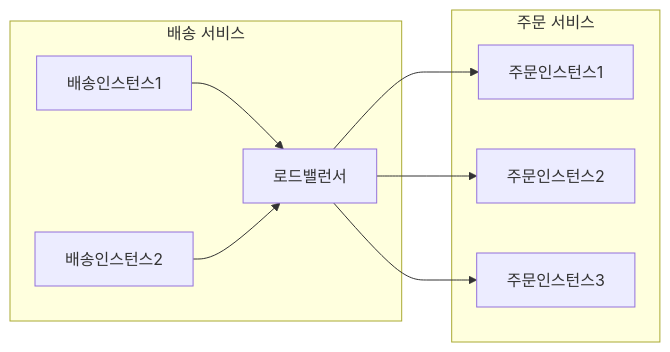
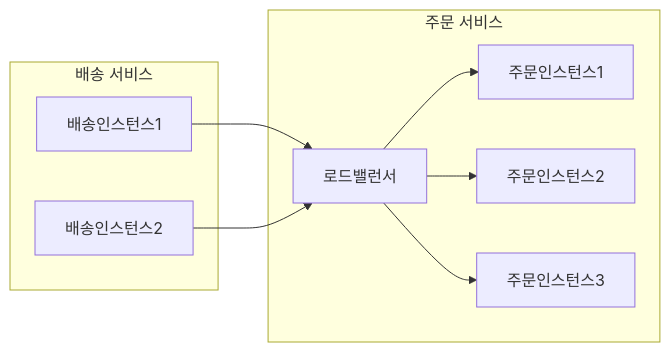
The second of 8 diagrams in document/chapters/chapter08.md (dldydtjs2965/msa-architecture), drawn with Mermaid before and after one commit. The commit also changed other lines of this file and 5 other files, not shown here.

````diff
--- a/document/chapters/chapter08.md
+++ b/document/chapters/chapter08.md
@@ -12,12 +12,12 @@
 ```mermaid
 flowchart LR
+    subgraph 주문 서비스
+        로드밸런서 --> 주문인스턴스1
+        로드밸런서 --> 주문인스턴스2
+        로드밸런서 --> 주문인스턴스3
+    end
     subgraph 배송 서비스
         배송인스턴스1--> 로드밸런서
         배송인스턴스2 --> 로드밸런서
     end
-    subgraph 주문 서비스 
-        로드밸런서 --> 주문인스턴스1
-        로드밸런서 --> 주문인스턴스2
-        로드밸런서 --> 주문인스턴스3
-    end
 ```
````
